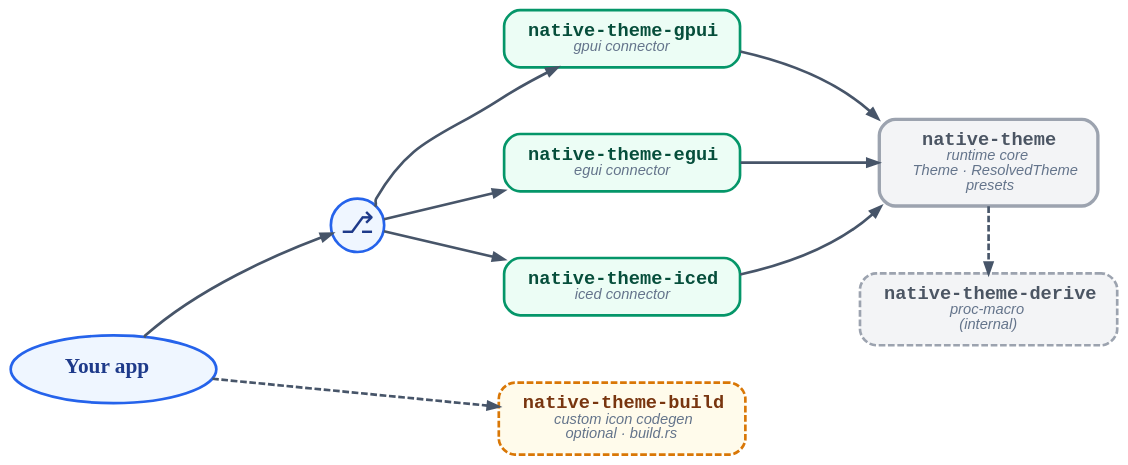
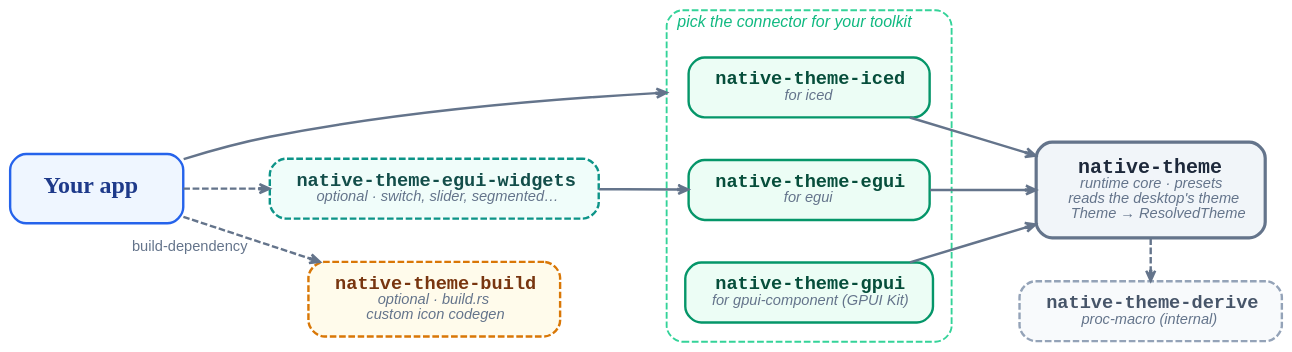
Before and after one commit to tiborgats/native-theme: the diagram in docs/assets/crate-relations.dot, drawn with Graphviz. The commit also changed 1 other file, not shown here.

Commit message:
docs(assets): the crate-relations diagram shows all seven crates — the egui widgets crate beside its connector, the three connectors as one pick-one group named by toolkit — and reads on light and dark backgrounds

```diff
--- a/docs/assets/crate-relations.dot
+++ b/docs/assets/crate-relations.dot
@@ -1,91 +1,91 @@
-// native-theme workspace — crate relations (Graphviz draft)
+// native-theme workspace — crate relations
 //
-// Rendered: dot -Tsvg crate-relations-gv.dot -o crate-relations-gv.svg
+// Rendered by ./scripts/generate_diagrams.sh (Graphviz `dot -Tsvg`, plus an
+// embedded subset of "Fuzzy Bubbles" for the "Your app" label).
 //
-// Colors mirror crate-relations.mmd (Mermaid classDefs).
-// Typography: crate name monospace BOLD, subtitle sans-serif ITALIC 11pt #64748b.
+// Palette: blue = the application, emerald = connectors (pick one), teal =
+// optional companion widgets, slate = the runtime core and its internal
+// proc-macro, amber = the optional build-time code generator. Crate names
+// are monospace bold; the line under each says what it is for. No toolkit
+// versions appear here: they live in each connector's README, where a test
+// keeps them true.
+//
+// Edges point from a crate to what it depends on; dashed means optional.
 
 digraph crate_relations {
     rankdir=LR;
     bgcolor="transparent";
-    pad=0.3;
-    // Generous spacing so splines have room to actually curve visibly
-    nodesep=0.7;
-    ranksep=1.2;
-    splines=true;
+    pad=0.35;
+    nodesep=0.45;
+    ranksep=0.9;
+    splines=spline;
+    compound=true;
+    newrank=true;
+    fontname="sans-serif";
 
-    // Defaults
     node [shape=box, style="rounded,filled", fontname="sans-serif", fontsize=14,
-          penwidth=2, margin="0.25,0.12"];
-    edge [color="#475569", fontname="sans-serif", fontsize=11, fontcolor="#475569",
-          penwidth=2, arrowsize=0.8];
+          penwidth=1.8, margin="0.28,0.14"];
+    edge [color="#64748b", fontname="sans-serif", fontsize=11, fontcolor="#64748b",
+          penwidth=1.8, arrowsize=0.75, arrowhead=vee];
 
-    // App — blue palette, oval, no subtitle (matches Mermaid).
-    // Uses Fuzzy Bubbles (the same hand-drawn font D2 picks for sketch mode)
-    // to give this label a sketched-in feel against the otherwise clean
-    // sans-serif / monospace typography of the rest of the graph.
-    app [label=<<B>Your app</B>>, shape=oval, fontsize=16, fontname="Fuzzy Bubbles",
+    // The application. "Fuzzy Bubbles" gives it a hand-drawn feel against the
+    // clean typography of the crates.
+    app [label=<<B>Your app</B>>, shape=box, style="rounded,filled",
+         fontsize=18, fontname="Fuzzy Bubbles", margin="0.35,0.22",
          fillcolor="#eff6ff", color="#2563eb", fontcolor="#1e3a8a"];
 
-    // Switch pictogram
-    switch [label="⎇", shape=circle, fontsize=22, width=0.55, height=0.55, fixedsize=true,
-            fillcolor="#eff6ff", color="#2563eb", fontcolor="#1e3a8a"];
+    // Connectors: the application picks the one for its toolkit.
+    subgraph cluster_connectors {
+        label=<<FONT POINT-SIZE="12" COLOR="#10b981"><I>pick the connector for your toolkit</I></FONT>>;
+        labeljust=l;
+        style="rounded,dashed";
+        color="#34d399";
+        penwidth=1.4;
+        margin=14;
 
-    // Connectors — emerald palette, with subtitle
-    gpui  [label=<<FONT FACE="monospace"><B>native-theme-gpui</B></FONT><BR/><FONT POINT-SIZE="11" COLOR="#64748b"><I>gpui connector</I></FONT>>,
-           fillcolor="#ecfdf5", color="#059669", fontcolor="#064e3b"];
-    iced  [label=<<FONT FACE="monospace"><B>native-theme-iced</B></FONT><BR/><FONT POINT-SIZE="11" COLOR="#64748b"><I>iced connector</I></FONT>>,
-           fillcolor="#ecfdf5", color="#059669", fontcolor="#064e3b"];
-    egui  [label=<<FONT FACE="monospace"><B>native-theme-egui</B></FONT><BR/><FONT POINT-SIZE="11" COLOR="#64748b"><I>egui connector</I></FONT>>,
-           fillcolor="#ecfdf5", color="#059669", fontcolor="#064e3b"];
+        gpui [label=<<FONT FACE="monospace"><B>native-theme-gpui</B></FONT><BR/><FONT POINT-SIZE="11" COLOR="#64748b"><I>for gpui-component (GPUI Kit)</I></FONT>>,
+              fillcolor="#ecfdf5", color="#059669", fontcolor="#064e3b"];
+        iced [label=<<FONT FACE="monospace"><B>native-theme-iced</B></FONT><BR/><FONT POINT-SIZE="11" COLOR="#64748b"><I>for iced</I></FONT>>,
+              fillcolor="#ecfdf5", color="#059669", fontcolor="#064e3b"];
+        egui [label=<<FONT FACE="monospace"><B>native-theme-egui</B></FONT><BR/><FONT POINT-SIZE="11" COLOR="#64748b"><I>for egui</I></FONT>>,
+              fillcolor="#ecfdf5", color="#059669", fontcolor="#064e3b"];
+    }
 
-    // Runtime core — gray palette (matches native-theme-derive), 3-line
-    // subtitle; extra margin gives 'Theme · ResolvedTheme' room so it
-    // doesn't hit the border.
-    core  [label=<<FONT FACE="monospace"><B>native-theme</B></FONT><BR/><FONT POINT-SIZE="11" COLOR="#64748b"><I>runtime core<BR/>Theme · ResolvedTheme<BR/>presets</I></FONT>>,
-           margin="0.35,0.12",
-           penwidth=2.5,
-           fillcolor="#f3f4f6", color="#9ca3af", fontcolor="#4b5563"];
+    // Optional companion of the egui connector: widgets egui lacks, drawn
+    // from the theme.
+    eguiw [label=<<FONT FACE="monospace"><B>native-theme-egui-widgets</B></FONT><BR/><FONT POINT-SIZE="11" COLOR="#64748b"><I>optional · switch, slider, segmented…</I></FONT>>,
+           style="rounded,filled,dashed",
+           fillcolor="#f0fdfa", color="#0d9488", fontcolor="#134e4a"];
 
-    // Derive — gray palette, dashed
-    derive [label=<<FONT FACE="monospace"><B>native-theme-derive</B></FONT><BR/><FONT POINT-SIZE="11" COLOR="#64748b"><I>proc-macro<BR/>(internal)</I></FONT>>,
+    // Runtime core.
+    core [label=<<FONT FACE="monospace" POINT-SIZE="15"><B>native-theme</B></FONT><BR/><FONT POINT-SIZE="11" COLOR="#64748b"><I>runtime core · presets<BR/>reads the desktop's theme<BR/>Theme → ResolvedTheme</I></FONT>>,
+          margin="0.34,0.16", penwidth=2.4,
+          fillcolor="#f1f5f9", color="#64748b", fontcolor="#1e293b"];
+
+    // Internal proc-macro of the core.
+    derive [label=<<FONT FACE="monospace"><B>native-theme-derive</B></FONT><BR/><FONT POINT-SIZE="11" COLOR="#64748b"><I>proc-macro (internal)</I></FONT>>,
             style="rounded,filled,dashed",
-            fillcolor="#f3f4f6", color="#9ca3af", fontcolor="#4b5563"];
+            fillcolor="#f8fafc", color="#94a3b8", fontcolor="#475569"];
 
-    // Build — amber palette, dashed
-    build  [label=<<FONT FACE="monospace"><B>native-theme-build</B></FONT><BR/><FONT POINT-SIZE="11" COLOR="#64748b"><I>custom icon codegen<BR/>optional · build.rs</I></FONT>>,
-            style="rounded,filled,dashed",
-            fillcolor="#fffbeb", color="#d97706", fontcolor="#78350f"];
+    // Optional build-time code generator for custom icon roles.
+    build [label=<<FONT FACE="monospace"><B>native-theme-build</B></FONT><BR/><FONT POINT-SIZE="11" COLOR="#64748b"><I>optional · build.rs<BR/>custom icon codegen</I></FONT>>,
+           style="rounded,filled,dashed",
+           fillcolor="#fffbeb", color="#d97706", fontcolor="#78350f"];
 
-    // Main flow — compass ports pick which end of each edge is angled.
-    //   * app -> switch, switch -> gpui: angled exit (source is a small
-    //     pictogram that reads as "radiating out"), horizontal entry.
-    //   * gpui, iced -> core: horizontal exit, angled entry into core's
-    //     NW / SW corners. Routing to different corners keeps the two
-    //     arrows from crossing in the gap between rank 2 and rank 3.
-    //   * egui -> core: the third arrow enters core's W side, between the two.
-    //   * app -> build: plain. Build sits only 49pt below app but 379pt
-    //     to the right (natural angle ~7°); a 45° :se tail tangent would
-    //     overshoot below the build box before hooking back up. The
-    //     default rendering is a gentle arc that matches the geometry.
-    //   * switch -> egui, switch -> iced: plain — the switch sits between
-    //     the two, so a short straight line to each is honest.
-    app:ne    -> switch;
-    switch:ne -> gpui;
-    switch    -> iced;
-    switch    -> egui;
-    gpui      -> core:nw;
-    iced      -> core:sw;
-    egui      -> core:w;
+    // Columns: app | companion widgets, build | connectors | core, derive.
+    { rank=same; gpui -> iced -> egui [style=invis]; }
+    { rank=same; eguiw -> build [style=invis]; }
+    { rank=same; core; derive; }
 
-    // Optional path — dashed edge
-    // build shares rank 2 with gpui/iced so it sits in the same column
-    // (listed last so Graphviz stacks it below gpui and iced in LR layout)
-    { rank=same; gpui; iced; egui; build; }
-    app -> build [style=dashed];
+    app -> iced [lhead=cluster_connectors, minlen=2];
+    app -> eguiw [style=dashed];
+    app -> build [style=dashed, xlabel="build-dependency"];
 
-    // derive below core, dashed arrow pointing from core DOWN to derive
-    // (native-theme → native-theme-derive, matches Mermaid direction)
-    { rank=same; core; derive; }
+    eguiw -> egui;
+
+    gpui -> core;
+    iced -> core;
+    egui -> core;
+
     core -> derive [style=dashed];
 }
```
